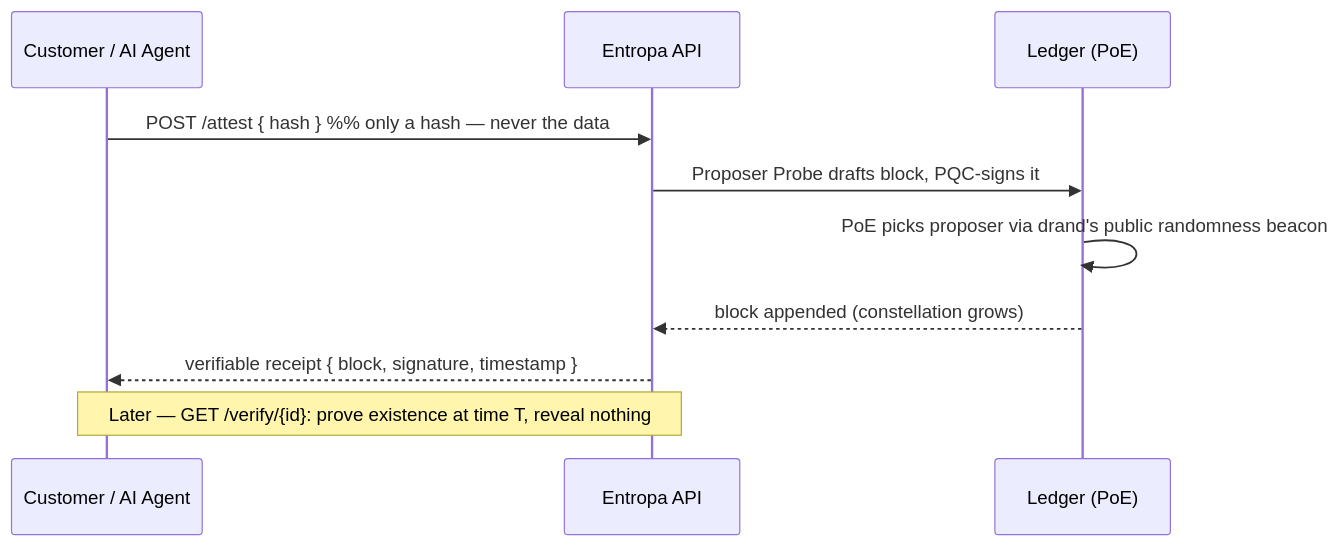
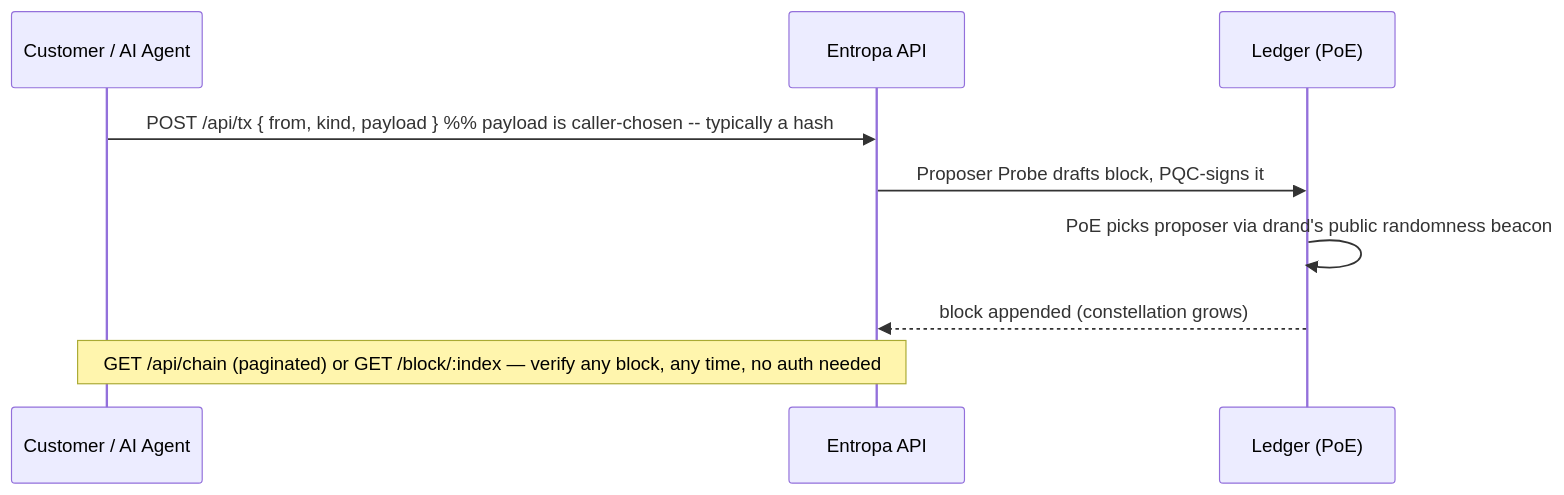
Before and after one commit to aimozart/entropa-public: the second of 2 diagrams in ARCHITECTURE.md, drawn with Mermaid. The commit also changed other lines of this file, not shown here.

````diff
--- a/ARCHITECTURE.md
+++ b/ARCHITECTURE.md
@@ -37,12 +37,11 @@
 ```mermaid
 sequenceDiagram
   participant C as Customer / AI Agent
   participant E as Entropa API
   participant L as Ledger (PoE)
-  C->>E: POST /attest { hash }   %% only a hash — never the data
+  C->>E: POST /api/tx { from, kind, payload }   %% payload is caller-chosen -- typically a hash
   E->>L: Proposer Probe drafts block, PQC-signs it
   L->>L: PoE picks proposer via drand's public randomness beacon
   L-->>E: block appended (constellation grows)
-  E-->>C: verifiable receipt { block, signature, timestamp }
-  Note over C,E: Later — GET /verify/{id}: prove existence at time T, reveal nothing
+  Note over C,E: GET /api/chain (paginated) or GET /block/:index — verify any block, any time, no auth needed
 ```
````
